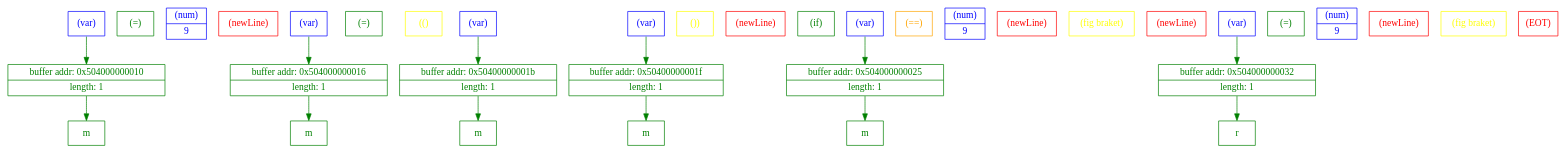
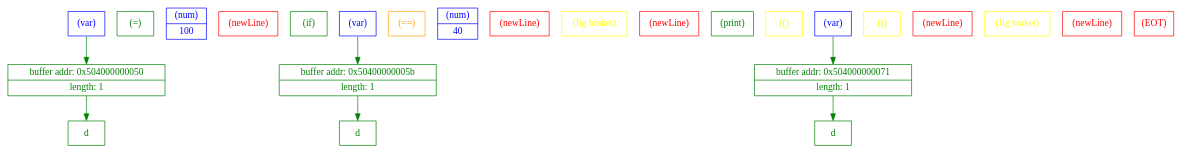
One commit to Matvey787/myProgLanguage changed the diagram in tokens.dot. Above: the diagram before and after it, drawn with Graphviz. The commit also changed 611 other files, not shown here.

```diff
--- a/tokens.dot
+++ b/tokens.dot
@@ -1,64 +1,46 @@
 digraph G
 { 
 rankdir=TB;
  newrank=true;
 
 {
 	rank=same; 
 	token_0 [ shape=record, color = blue, fontcolor = blue, label = "{ (var) }" ];
 	token_1 [ shape=record, color = green, fontcolor = green, label = "{ (=) }" ];
-	token_2 [ shape=record, color = blue, fontcolor = blue, label = "{ (num) | 9 }" ];
+	token_2 [ shape=record, color = blue, fontcolor = blue, label = "{ (num) | 100 }" ];
 	token_3 [ shape=record, color = red, fontcolor = red, label = "{ (newLine) }" ];
-	token_4 [ shape=record, color = blue, fontcolor = blue, label = "{ (var) }" ];
-	token_5 [ shape=record, color = green, fontcolor = green, label = "{ (=) }" ];
-	token_6 [ shape=record, color = yellow, fontcolor = yellow, label = "{ (() }" ];
-	token_7 [ shape=record, color = blue, fontcolor = blue, label = "{ (var) }" ];
-	token_8 [ shape=record, color = white, fontcolor = white, label = "{ (+) }" ];
-	token_9 [ shape=record, color = blue, fontcolor = blue, label = "{ (var) }" ];
-	token_10 [ shape=record, color = yellow, fontcolor = yellow, label = "{ ()) }" ];
-	token_11 [ shape=record, color = red, fontcolor = red, label = "{ (newLine) }" ];
-	token_12 [ shape=record, color = green, fontcolor = green, label = "{ (if) }" ];
+	token_4 [ shape=record, color = green, fontcolor = green, label = "{ (if) }" ];
+	token_5 [ shape=record, color = blue, fontcolor = blue, label = "{ (var) }" ];
+	token_6 [ shape=record, color = orange, fontcolor = orange, label = "{ (==) }" ];
+	token_7 [ shape=record, color = blue, fontcolor = blue, label = "{ (num) | 40 }" ];
+	token_8 [ shape=record, color = red, fontcolor = red, label = "{ (newLine) }" ];
+	token_9 [ shape=record, color = yellow, fontcolor = yellow, label = "{ (fig braket) }" ];
+	token_10 [ shape=record, color = red, fontcolor = red, label = "{ (newLine) }" ];
+	token_11 [ shape=record, color = green, fontcolor = green, label = "{ (print) }" ];
+	token_12 [ shape=record, color = yellow, fontcolor = yellow, label = "{ (() }" ];
 	token_13 [ shape=record, color = blue, fontcolor = blue, label = "{ (var) }" ];
-	token_14 [ shape=record, color = orange, fontcolor = orange, label = "{ (==) }" ];
-	token_15 [ shape=record, color = blue, fontcolor = blue, label = "{ (num) | 9 }" ];
-	token_16 [ shape=record, color = red, fontcolor = red, label = "{ (newLine) }" ];
-	token_17 [ shape=record, color = yellow, fontcolor = yellow, label = "{ (fig braket) }" ];
-	token_18 [ shape=record, color = red, fontcolor = red, label = "{ (newLine) }" ];
-	token_19 [ shape=record, color = blue, fontcolor = blue, label = "{ (var) }" ];
-	token_20 [ shape=record, color = green, fontcolor = green, label = "{ (=) }" ];
-	token_21 [ shape=record, color = blue, fontcolor = blue, label = "{ (num) | 9 }" ];
-	token_22 [ shape=record, color = red, fontcolor = red, label = "{ (newLine) }" ];
-	token_23 [ shape=record, color = yellow, fontcolor = yellow, label = "{ (fig braket) }" ];
-	token_24 [ shape=record, color = red, fontcolor = red, label = "{ (EOT) }" ];
+	token_14 [ shape=record, color = yellow, fontcolor = yellow, label = "{ ()) }" ];
+	token_15 [ shape=record, color = red, fontcolor = red, label = "{ (newLine) }" ];
+	token_16 [ shape=record, color = yellow, fontcolor = yellow, label = "{ (fig braket) }" ];
+	token_17 [ shape=record, color = red, fontcolor = red, label = "{ (newLine) }" ];
+	token_18 [ shape=record, color = red, fontcolor = red, label = "{ (EOT) }" ];
 }
 {
 	rank=same; 
-	tableCell_0x504000000010 [ shape=record, color = green, fontcolor = green, label = "{ buffer addr: 0x504000000010 | length: 1 }" ];
-	tableCell_0x504000000016 [ shape=record, color = green, fontcolor = green, label = "{ buffer addr: 0x504000000016 | length: 1 }" ];
-	tableCell_0x50400000001b [ shape=record, color = green, fontcolor = green, label = "{ buffer addr: 0x50400000001b | length: 1 }" ];
-	tableCell_0x50400000001f [ shape=record, color = green, fontcolor = green, label = "{ buffer addr: 0x50400000001f | length: 1 }" ];
-	tableCell_0x504000000025 [ shape=record, color = green, fontcolor = green, label = "{ buffer addr: 0x504000000025 | length: 1 }" ];
-	tableCell_0x504000000032 [ shape=record, color = green, fontcolor = green, label = "{ buffer addr: 0x504000000032 | length: 1 }" ];
+	tableCell_0x504000000050 [ shape=record, color = green, fontcolor = green, label = "         { buffer addr: 0x504000000050 | length: 1 }" ];
+	tableCell_0x50400000005b [ shape=record, color = green, fontcolor = green, label = "         { buffer addr: 0x50400000005b | length: 1 }" ];
+	tableCell_0x504000000071 [ shape=record, color = green, fontcolor = green, label = "         { buffer addr: 0x504000000071 | length: 1 }" ];
 }
 {
 	rank=same; 
-	openTableCell_0x504000000010 [ shape=record, color = green, fontcolor = green, label = "{ m }" ];
-	openTableCell_0x504000000016 [ shape=record, color = green, fontcolor = green, label = "{ m }" ];
-	openTableCell_0x50400000001b [ shape=record, color = green, fontcolor = green, label = "{ m }" ];
-	openTableCell_0x50400000001f [ shape=record, color = green, fontcolor = green, label = "{ m }" ];
-	openTableCell_0x504000000025 [ shape=record, color = green, fontcolor = green, label = "{ m }" ];
-	openTableCell_0x504000000032 [ shape=record, color = green, fontcolor = green, label = "{ r }" ];
+	openTableCell_0x504000000050 [ shape=record, color = green, fontcolor = green, label = "{ d }" ];
+	openTableCell_0x50400000005b [ shape=record, color = green, fontcolor = green, label = "{ d }" ];
+	openTableCell_0x504000000071 [ shape=record, color = green, fontcolor = green, label = "{ d }" ];
 }
-	token_0:s -> tableCell_0x504000000010:n [ color = green; ]
-	token_4:s -> tableCell_0x504000000016:n [ color = green; ]
-	token_7:s -> tableCell_0x50400000001b:n [ color = green; ]
-	token_9:s -> tableCell_0x50400000001f:n [ color = green; ]
-	token_13:s -> tableCell_0x504000000025:n [ color = green; ]
-	token_19:s -> tableCell_0x504000000032:n [ color = green; ]
-	tableCell_0x504000000010:s -> openTableCell_0x504000000010:n [ color = green; ]
-	tableCell_0x504000000016:s -> openTableCell_0x504000000016:n [ color = green; ]
-	tableCell_0x50400000001b:s -> openTableCell_0x50400000001b:n [ color = green; ]
-	tableCell_0x50400000001f:s -> openTableCell_0x50400000001f:n [ color = green; ]
-	tableCell_0x504000000025:s -> openTableCell_0x504000000025:n [ color = green; ]
-	tableCell_0x504000000032:s -> openTableCell_0x504000000032:n [ color = green; ]
+	token_0:s -> tableCell_0x504000000050:n [ color = green; ]
+	token_5:s -> tableCell_0x50400000005b:n [ color = green; ]
+	token_13:s -> tableCell_0x504000000071:n [ color = green; ]
+	tableCell_0x504000000050:s -> openTableCell_0x504000000050:n [ color = green; ]
+	tableCell_0x50400000005b:s -> openTableCell_0x50400000005b:n [ color = green; ]
+	tableCell_0x504000000071:s -> openTableCell_0x504000000071:n [ color = green; ]
 }
```
